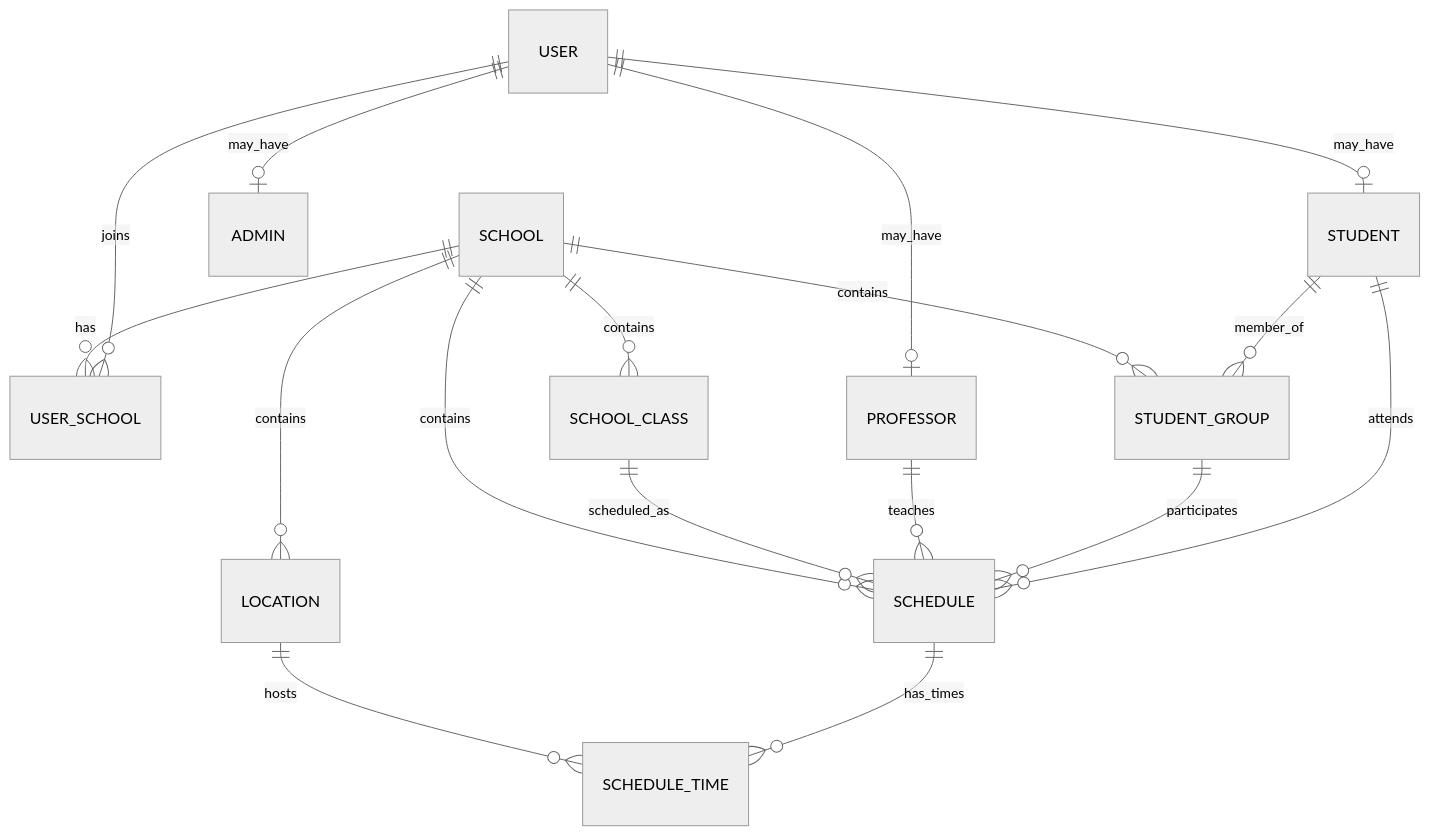
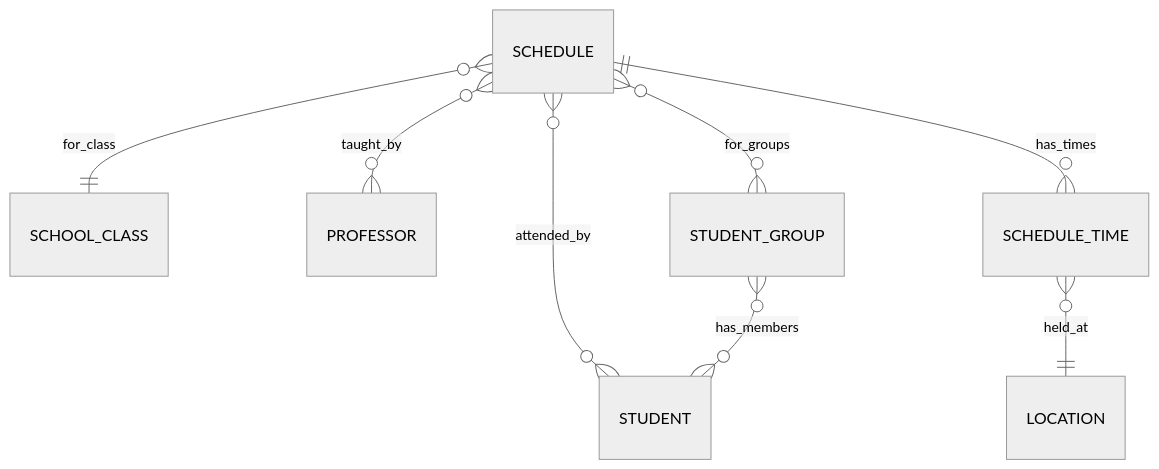
Before and after one commit to herrcristi/small-nodejs-service: the fourth of 8 diagrams in README.md, drawn with Mermaid (neutral theme). The commit also changed other lines of this file and 7 other files, not shown here.

````diff
--- a/README.md
+++ b/README.md
@@ -78,19 +99,10 @@
 ```mermaid
 erDiagram
-  SCHOOL ||--o{ USER_SCHOOL : has
-  USER ||--o{ USER_SCHOOL : joins
-  USER ||--o| ADMIN : may_have
-  USER ||--o| STUDENT : may_have
-  USER ||--o| PROFESSOR : may_have
-  SCHOOL ||--o{ SCHOOL_CLASS : contains
-  SCHOOL ||--o{ LOCATION : contains
-  SCHOOL ||--o{ STUDENT_GROUP : contains
-  SCHOOL ||--o{ SCHEDULE : contains
-  SCHOOL_CLASS ||--o{ SCHEDULE : scheduled_as
-  LOCATION ||--o{ SCHEDULE_TIME : hosts
+  SCHEDULE }o--|| SCHOOL_CLASS : for_class
+  SCHEDULE }o--o{ PROFESSOR : taught_by
+  SCHEDULE }o--o{ STUDENT_GROUP : for_groups
+  SCHEDULE }o--o{ STUDENT : attended_by
   SCHEDULE ||--o{ SCHEDULE_TIME : has_times
-  PROFESSOR ||--o{ SCHEDULE : teaches
-  STUDENT_GROUP ||--o{ SCHEDULE : participates
-  STUDENT ||--o{ STUDENT_GROUP : member_of
-  STUDENT ||--o{ SCHEDULE : attends
+  SCHEDULE_TIME }o--|| LOCATION : held_at
+  STUDENT_GROUP }o--o{ STUDENT : has_members
 ```
````
